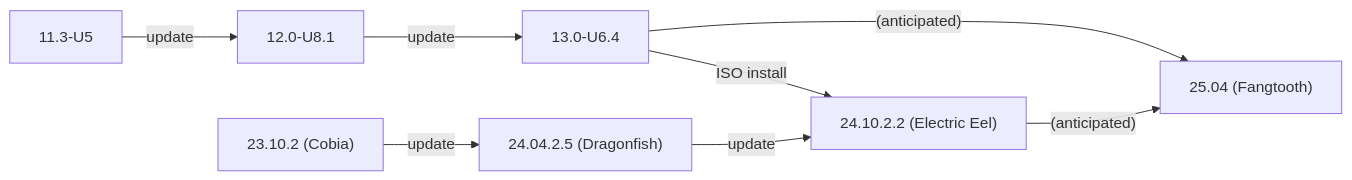
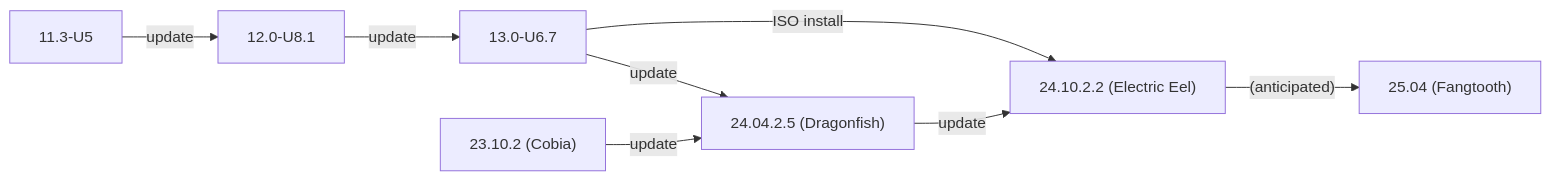
One commit to truenas/documentation changed the second of 2 diagrams in static/includes/SCALEUpgradePaths.md. Above: the diagram before and after it, drawn with Mermaid. The commit also changed other lines of this file, not shown here.

```diff
--- a/static/includes/SCALEUpgradePaths.md
+++ b/static/includes/SCALEUpgradePaths.md
@@ -87,11 +87,11 @@
           {{< mermaid class="mermaid_sizing" >}}
           flowchart LR
             A["11.3-U5"] -->|update| B
             B["12.0-U8.1"] -->|update| C
-            C["13.0-U6.4"] -->|ISO install| F
-            C["13.0-U6.4"] -->|"(anticipated)"| G
+            C["13.0-U6.7"] -->|ISO install| F
+            C -->|update| E
             D["23.10.2 (Cobia)"] -->|update| E
             E["24.04.2.5 (Dragonfish)"]  -->|update| F
             F["24.10.2.2 (Electric Eel)"] -->|"(anticipated)"| G
             G["25.04 (Fangtooth)"]
           {{< /mermaid >}}
```
